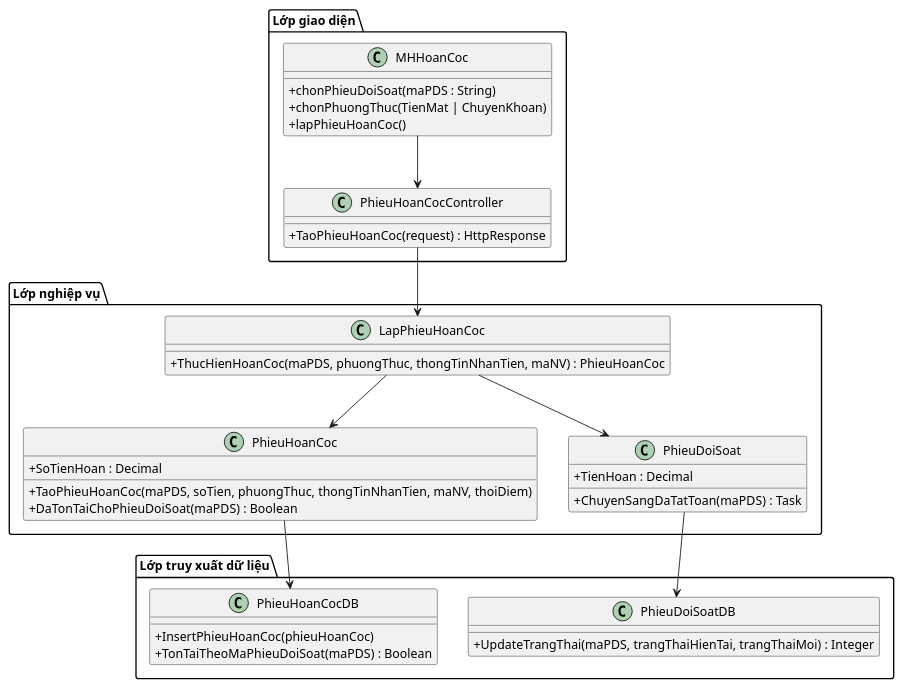
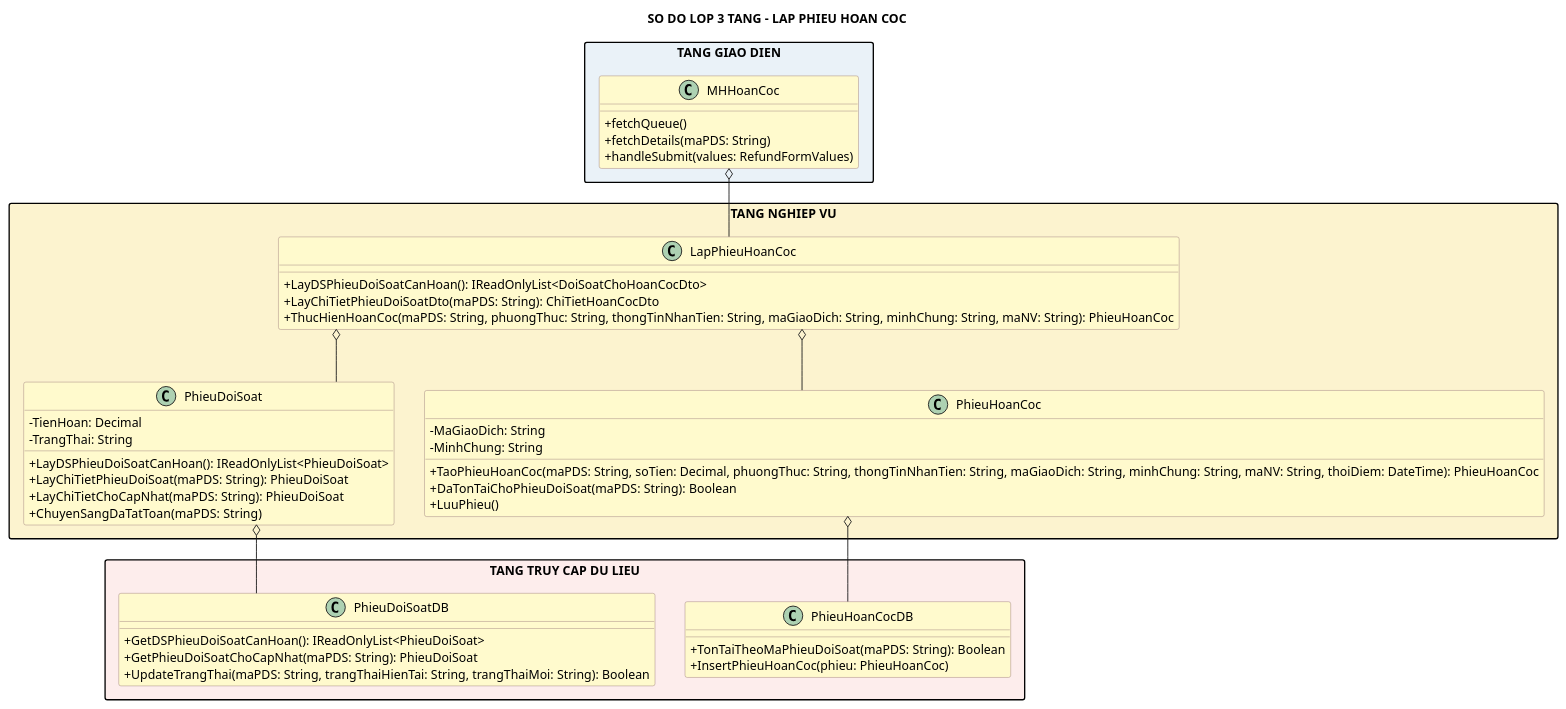
Before and after one commit to Ming1309/HomeStay-Dorm: the diagram in docs/uml/lap-phieu-hoan-coc-class.puml, drawn with PlantUML. The commit also changed 58 other files, not shown here.

Commit message:
feat(financial): implement reconciliation approval flow and financial proof storage

```diff
--- a/docs/uml/lap-phieu-hoan-coc-class.puml
+++ b/docs/uml/lap-phieu-hoan-coc-class.puml
@@ -1,47 +1,58 @@
-@startuml LapPhieuHoanCoc_3Lop
+@startuml
+title SO DO LOP 3 TANG - LAP PHIEU HOAN COC
+top to bottom direction
+skinparam shadowing false
+skinparam linetype ortho
+skinparam packageStyle rectangle
 skinparam classAttributeIconSize 0
-skinparam shadowing false
+skinparam class {
+  BackgroundColor #FFFACD
+  BorderColor #9B7B7B
+}
 
-package "Lớp giao diện" {
+package "TANG GIAO DIEN" #EAF2F8 {
   class MHHoanCoc {
-    +chonPhieuDoiSoat(maPDS : String)
-    +chonPhuongThuc(TienMat | ChuyenKhoan)
-    +lapPhieuHoanCoc()
-  }
-  class PhieuHoanCocController {
-    +TaoPhieuHoanCoc(request) : HttpResponse
+    + fetchQueue()
+    + fetchDetails(maPDS: String)
+    + handleSubmit(values: RefundFormValues)
   }
 }
-
-package "Lớp nghiệp vụ" {
+package "TANG NGHIEP VU" #FCF3CF {
   class LapPhieuHoanCoc {
-    +ThucHienHoanCoc(maPDS, phuongThuc, thongTinNhanTien, maNV) : PhieuHoanCoc
+    + LayDSPhieuDoiSoatCanHoan(): IReadOnlyList<DoiSoatChoHoanCocDto>
+    + LayChiTietPhieuDoiSoatDto(maPDS: String): ChiTietHoanCocDto
+    + ThucHienHoanCoc(maPDS: String, phuongThuc: String, thongTinNhanTien: String, maGiaoDich: String, minhChung: String, maNV: String): PhieuHoanCoc
+  }
+  class PhieuDoiSoat {
+    - TienHoan: Decimal
+    - TrangThai: String
+    + LayDSPhieuDoiSoatCanHoan(): IReadOnlyList<PhieuDoiSoat>
+    + LayChiTietPhieuDoiSoat(maPDS: String): PhieuDoiSoat
+    + LayChiTietChoCapNhat(maPDS: String): PhieuDoiSoat
+    + ChuyenSangDaTatToan(maPDS: String)
   }
   class PhieuHoanCoc {
-    +SoTienHoan : Decimal
-    +TaoPhieuHoanCoc(maPDS, soTien, phuongThuc, thongTinNhanTien, maNV, thoiDiem)
-    +DaTonTaiChoPhieuDoiSoat(maPDS) : Boolean
-  }
-  class PhieuDoiSoat {
-    +TienHoan : Decimal
-    +ChuyenSangDaTatToan(maPDS) : Task
+    - MaGiaoDich: String
+    - MinhChung: String
+    + TaoPhieuHoanCoc(maPDS: String, soTien: Decimal, phuongThuc: String, thongTinNhanTien: String, maGiaoDich: String, minhChung: String, maNV: String, thoiDiem: DateTime): PhieuHoanCoc
+    + DaTonTaiChoPhieuDoiSoat(maPDS: String): Boolean
+    + LuuPhieu()
   }
 }
-
-package "Lớp truy xuất dữ liệu" {
+package "TANG TRUY CAP DU LIEU" #FDEDEC {
+  class PhieuDoiSoatDB {
+    + GetDSPhieuDoiSoatCanHoan(): IReadOnlyList<PhieuDoiSoat>
+    + GetPhieuDoiSoatChoCapNhat(maPDS: String): PhieuDoiSoat
+    + UpdateTrangThai(maPDS: String, trangThaiHienTai: String, trangThaiMoi: String): Boolean
+  }
   class PhieuHoanCocDB {
-    +InsertPhieuHoanCoc(phieuHoanCoc)
-    +TonTaiTheoMaPhieuDoiSoat(maPDS) : Boolean
-  }
-  class PhieuDoiSoatDB {
-    +UpdateTrangThai(maPDS, trangThaiHienTai, trangThaiMoi) : Integer
+    + TonTaiTheoMaPhieuDoiSoat(maPDS: String): Boolean
+    + InsertPhieuHoanCoc(phieu: PhieuHoanCoc)
   }
 }
-
-MHHoanCoc --> PhieuHoanCocController
-PhieuHoanCocController --> LapPhieuHoanCoc
-LapPhieuHoanCoc --> PhieuHoanCoc
-LapPhieuHoanCoc --> PhieuDoiSoat
-PhieuHoanCoc --> PhieuHoanCocDB
-PhieuDoiSoat --> PhieuDoiSoatDB
+MHHoanCoc o-- LapPhieuHoanCoc
+LapPhieuHoanCoc o-- PhieuDoiSoat
+LapPhieuHoanCoc o-- PhieuHoanCoc
+PhieuDoiSoat o-- PhieuDoiSoatDB
+PhieuHoanCoc o-- PhieuHoanCocDB
 @enduml
```
